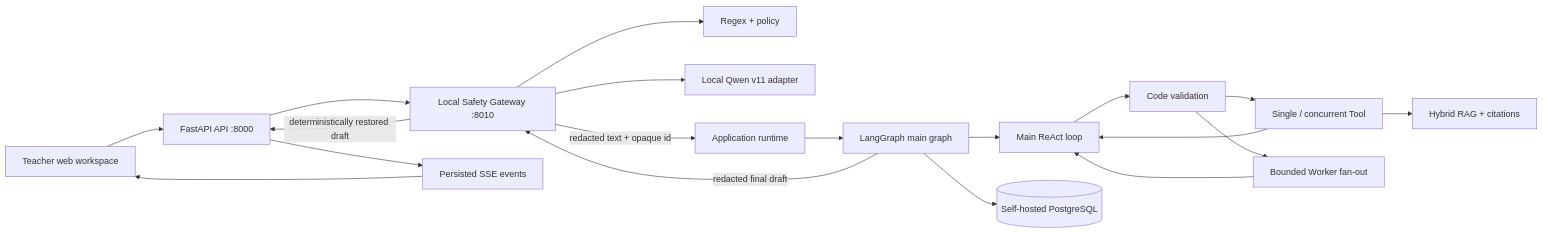
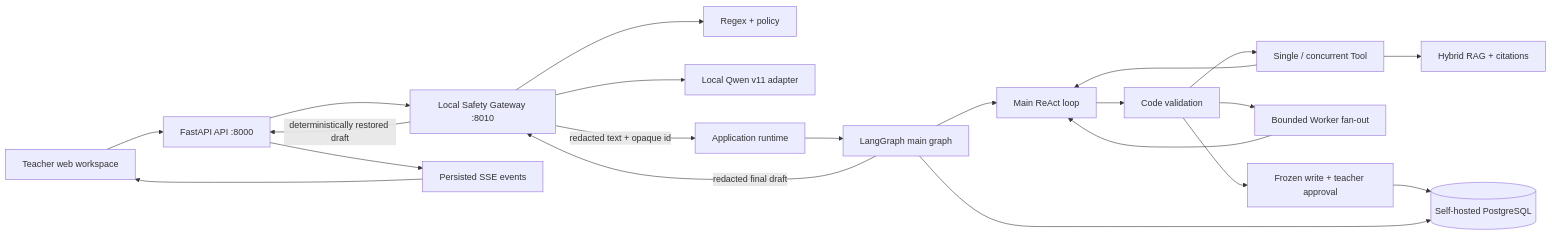
The diagram in README.md (MengC-OvO/easy-teaching), drawn with Mermaid before and after one commit. The commit also changed other lines of this file and 162 other files, not shown here.

````diff
--- a/README.md
+++ b/README.md
@@ -38,21 +61,23 @@
 ```mermaid
 flowchart LR
     Browser["Teacher web workspace"] --> API["FastAPI API :8000"]
     API --> Gateway["Local Safety Gateway :8010"]
     Gateway --> Rules["Regex + policy"]
     Gateway --> Qwen["Local Qwen v11 adapter"]
     Gateway -->|redacted text + opaque id| Runtime["Application runtime"]
     Runtime --> Graph["LangGraph main graph"]
     Graph --> Main["Main ReAct loop"]
     Main --> Validate["Code validation"]
     Validate --> Tools["Single / concurrent Tool"]
     Validate --> Workers["Bounded Worker fan-out"]
     Tools --> Main
     Workers --> Main
     Tools --> Knowledge["Hybrid RAG + citations"]
+    Validate --> Approval["Frozen write + teacher approval"]
+    Approval --> Store
     Graph --> Store[("Self-hosted PostgreSQL")]
     Graph -->|redacted final draft| Gateway
     Gateway -->|deterministically restored draft| API
     API --> Events["Persisted SSE events"]
     Events --> Browser
 ```
````
